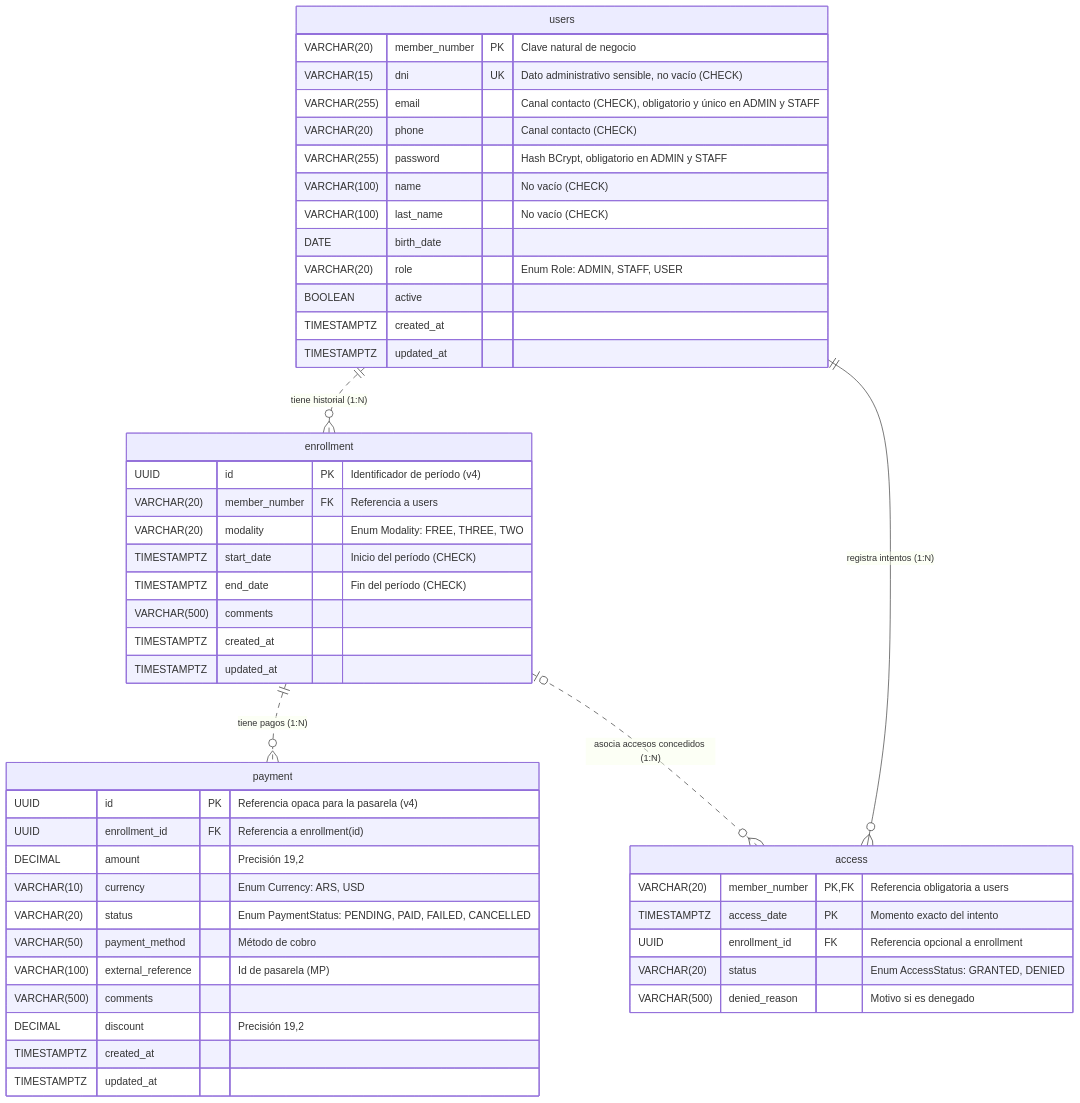
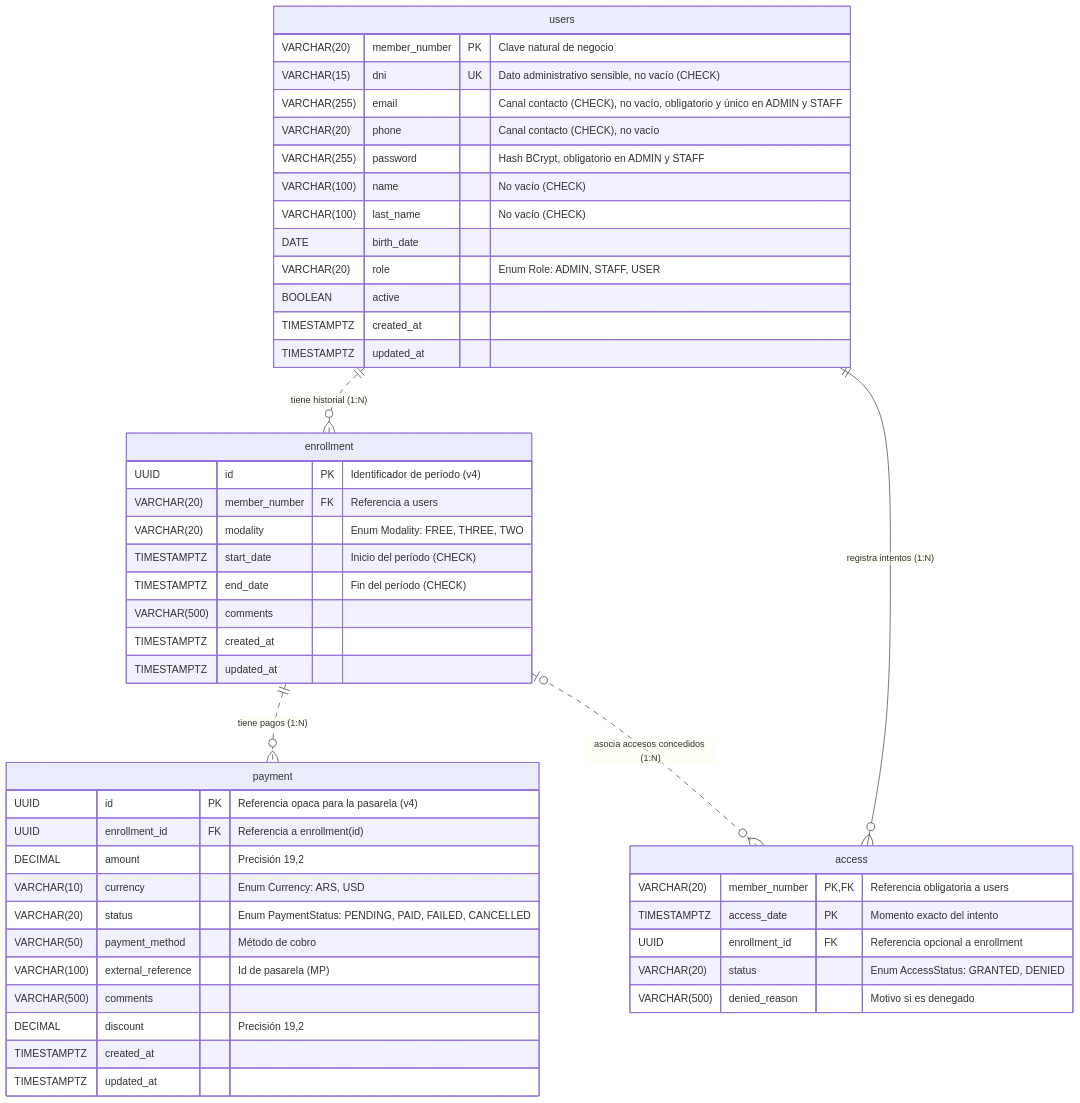
One commit to santiagovOK/TFI_grupo144 changed the diagram in docs/entidades.md. Above: the diagram before and after it, drawn with Mermaid. The commit also changed other lines of this file and 1 other file, not shown here.

Commit message:
refactor(schema): no permitir email ni teléfono vacíos

````diff
--- a/docs/entidades.md
+++ b/docs/entidades.md
@@ -7,51 +7,51 @@
 ```mermaid
 erDiagram
     users {
         VARCHAR(20) member_number PK "Clave natural de negocio"
         VARCHAR(15) dni UK "Dato administrativo sensible, no vacío (CHECK)"
-        VARCHAR(255) email "Canal contacto (CHECK), obligatorio y único en ADMIN y STAFF"
-        VARCHAR(20) phone "Canal contacto (CHECK)"
+        VARCHAR(255) email "Canal contacto (CHECK), no vacío, obligatorio y único en ADMIN y STAFF"
+        VARCHAR(20) phone "Canal contacto (CHECK), no vacío"
         VARCHAR(255) password "Hash BCrypt, obligatorio en ADMIN y STAFF"
         VARCHAR(100) name "No vacío (CHECK)"
         VARCHAR(100) last_name "No vacío (CHECK)"
         DATE birth_date
         VARCHAR(20) role "Enum Role: ADMIN, STAFF, USER"
         BOOLEAN active
         TIMESTAMPTZ created_at
         TIMESTAMPTZ updated_at
     }
     enrollment {
         UUID id PK "Identificador de período (v4)"
         VARCHAR(20) member_number FK "Referencia a users"
         VARCHAR(20) modality "Enum Modality: FREE, THREE, TWO"
         TIMESTAMPTZ start_date "Inicio del período (CHECK)"
         TIMESTAMPTZ end_date "Fin del período (CHECK)"
         VARCHAR(500) comments
         TIMESTAMPTZ created_at
         TIMESTAMPTZ updated_at
     }
     payment {
         UUID id PK "Referencia opaca para la pasarela (v4)"
         UUID enrollment_id FK "Referencia a enrollment(id)"
         DECIMAL amount "Precisión 19,2"
         VARCHAR(10) currency "Enum Currency: ARS, USD"
         VARCHAR(20) status "Enum PaymentStatus: PENDING, PAID, FAILED, CANCELLED"
         VARCHAR(50) payment_method "Método de cobro"
         VARCHAR(100) external_reference "Id de pasarela (MP)"
         VARCHAR(500) comments
         DECIMAL discount "Precisión 19,2"
         TIMESTAMPTZ created_at
         TIMESTAMPTZ updated_at
     }
     access {
         VARCHAR(20) member_number PK,FK "Referencia obligatoria a users"
         TIMESTAMPTZ access_date PK "Momento exacto del intento"
         UUID enrollment_id FK "Referencia opcional a enrollment"
         VARCHAR(20) status "Enum AccessStatus: GRANTED, DENIED"
         VARCHAR(500) denied_reason "Motivo si es denegado"
     }
     users ||..o{ enrollment : "tiene historial (1:N)"
     users ||--o{ access : "registra intentos (1:N)"
     enrollment ||..o{ payment : "tiene pagos (1:N)"
     enrollment |o..o{ access : "asocia accesos concedidos (1:N)"
 ```
````
